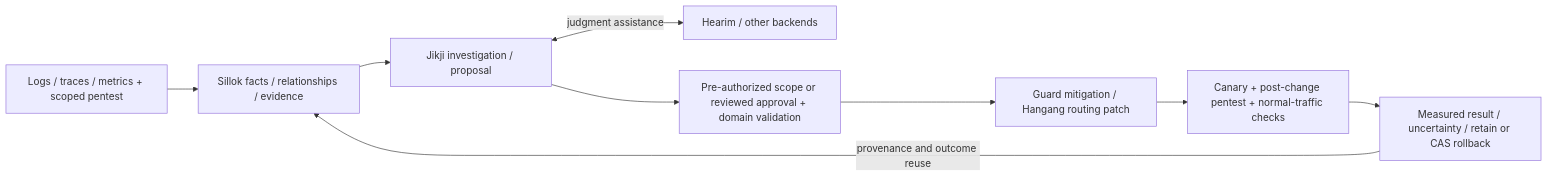
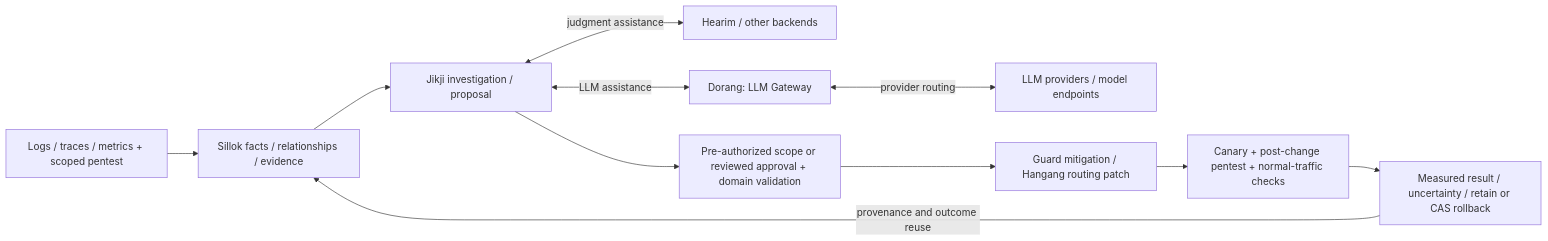
Before and after one commit to ziozzang/hangang-zerotrust: the second of 2 diagrams in README.md, drawn with Mermaid. The commit also changed other lines of this file and 1 other file, not shown here.

Commit message:
docs: add Dorang LLM gateway to zero-trust package diagrams

````diff
--- a/README.md
+++ b/README.md
@@ -70,11 +75,13 @@
 ```mermaid
 flowchart LR
   O[Logs / traces / metrics + scoped pentest] --> S[Sillok facts / relationships / evidence]
   S --> J[Jikji investigation / proposal]
   J <-->|judgment assistance| HE[Hearim / other backends]
+  J <-->|LLM assistance| DG[Dorang: LLM Gateway]
+  DG <-->|provider routing| LP[LLM providers / model endpoints]
   J --> V[Pre-authorized scope or reviewed approval + domain validation]
   V --> A[Guard mitigation / Hangang routing patch]
   A --> T[Canary + post-change pentest + normal-traffic checks]
   T --> R[Measured result / uncertainty / retain or CAS rollback]
   R -->|provenance and outcome reuse| S
 ```
````
